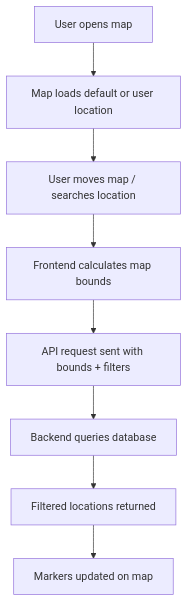
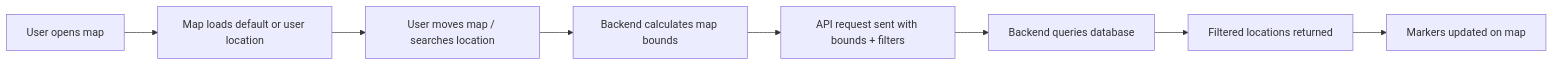
The fourth of 9 diagrams in README.md (jamloresto/cmsc-207-ecolocator), drawn with Mermaid before and after one commit. The commit also changed other lines of this file and 1 other file, not shown here.

````diff
--- a/README.md
+++ b/README.md
@@ -840,10 +848,10 @@
 ```mermaid
-flowchart TD
+flowchart LR
     A[User opens map] --> B[Map loads default or user location]
     B --> C[User moves map / searches location]
-    C --> D[Frontend calculates map bounds]
+    C --> D[Backend calculates map bounds]
+    G --> H[Markers updated on map]
+    F --> G[Filtered locations returned]
+    E --> F[Backend queries database]
     D --> E[API request sent with bounds + filters]
-    E --> F[Backend queries database]
-    F --> G[Filtered locations returned]
-    G --> H[Markers updated on map]
 ```
````
